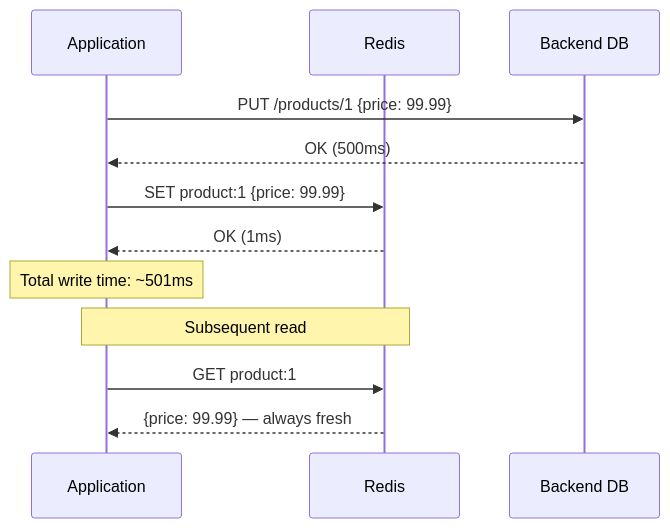
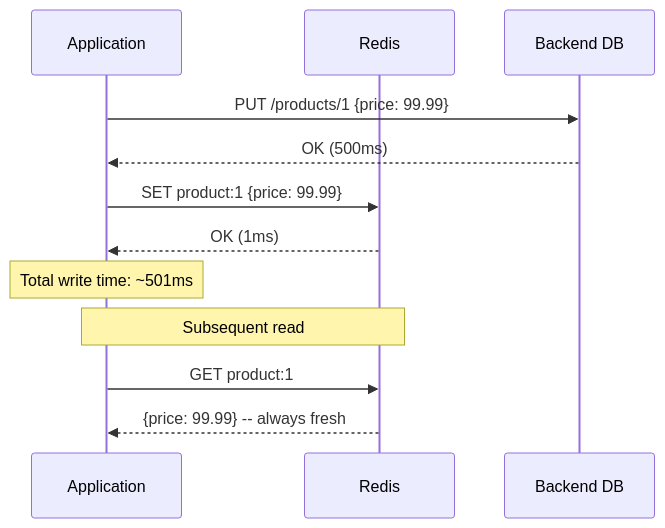
Before and after one commit to gamaware/system-design-course: the fourth of 5 diagrams in 11-caching/README.md, drawn with Mermaid. The commit also changed other lines of this file and 7 other files, not shown here.

Commit message:
refactor: improve Mermaid diagram formatting and readability

````diff
--- a/11-caching/README.md
+++ b/11-caching/README.md
@@ -274,18 +282,20 @@
 ```mermaid
 sequenceDiagram
     participant App as Application
     participant Cache as Redis
     participant DB as Backend DB
 
-    App->>DB: PUT /products/1 {price: 99.99}
-    DB-->>App: OK (500ms)
+    %% Synchronous write to both backend and cache
+    App ->> DB: PUT /products/1 {price: 99.99}
+    DB -->> App: OK (500ms)
 
-    App->>Cache: SET product:1 {price: 99.99}
-    Cache-->>App: OK (1ms)
+    App ->> Cache: SET product:1 {price: 99.99}
+    Cache -->> App: OK (1ms)
 
     Note over App: Total write time: ~501ms
 
-    Note over App,Cache: Subsequent read
-    App->>Cache: GET product:1
-    Cache-->>App: {price: 99.99} — always fresh
+    %% Read always returns fresh data
+    Note over App, Cache: Subsequent read
+    App ->> Cache: GET product:1
+    Cache -->> App: {price: 99.99} -- always fresh
 ```
````
